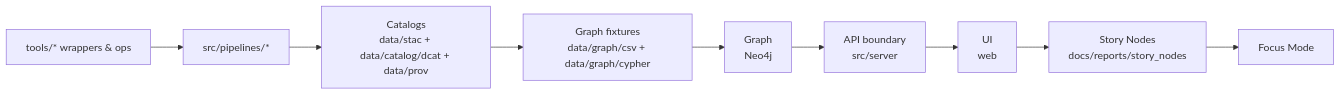
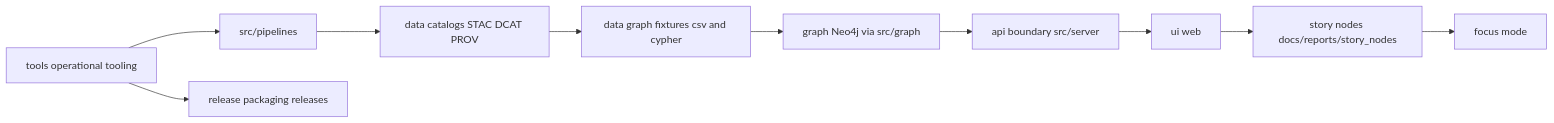
Before and after one commit to bartytime4life/Kansas-Frontier-Matrix: the diagram in tools/README.md, drawn with Mermaid. The commit also changed other lines of this file, not shown here.

```diff
--- a/tools/README.md
+++ b/tools/README.md
@@ -146,11 +187,12 @@
 ~~~mermaid
 flowchart LR
-  T[tools/* wrappers & ops] --> P[src/pipelines/*]
-  P --> C[Catalogs<br/>data/stac + data/catalog/dcat + data/prov]
-  C --> X[Graph fixtures<br/>data/graph/csv + data/graph/cypher]
-  X --> G[Graph<br/>Neo4j]
-  G --> A[API boundary<br/>src/server]
-  A --> U[UI<br/>web]
-  U --> S[Story Nodes<br/>docs/reports/story_nodes]
-  S --> F[Focus Mode]
+  T[tools operational tooling] --> P[src/pipelines]
+  P --> C[data catalogs STAC DCAT PROV]
+  C --> X[data graph fixtures csv and cypher]
+  X --> G[graph Neo4j via src/graph]
+  G --> A[api boundary src/server]
+  A --> U[ui web]
+  U --> S[story nodes docs/reports/story_nodes]
+  S --> F[focus mode]
+  T --> R[release packaging releases]
 ~~~
```
